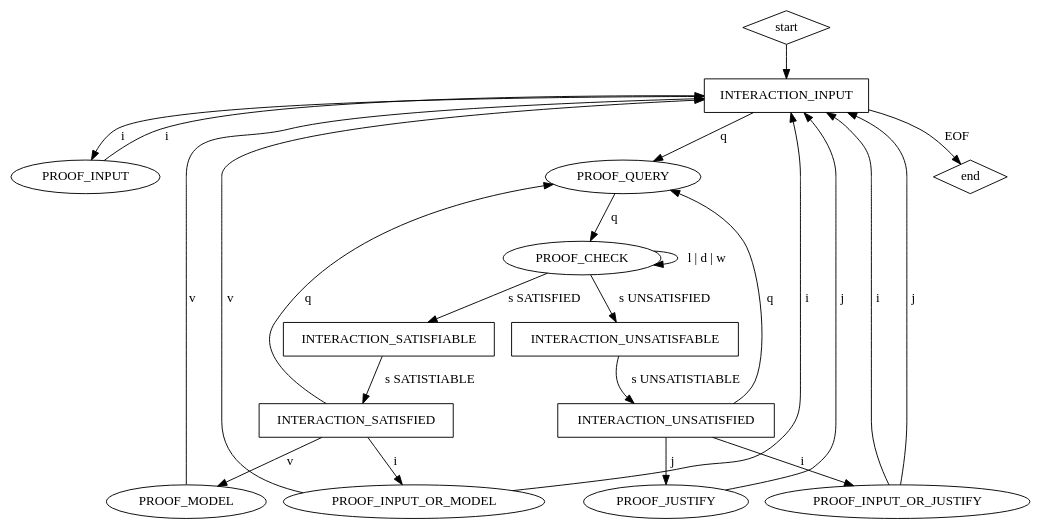
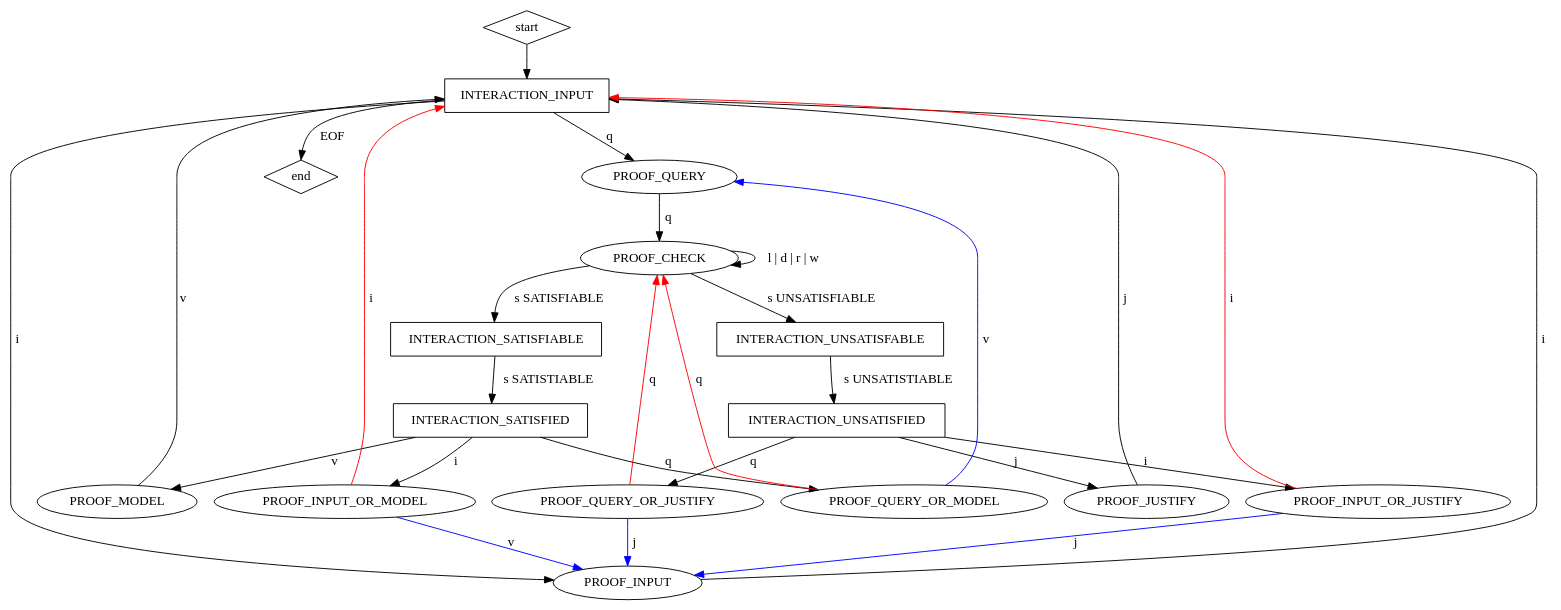
One commit to arminbiere/lidrup-check changed the diagram in idrup-check.dot. Above: the diagram before and after it, drawn with Graphviz.

```diff
--- a/idrup-check.dot
+++ b/idrup-check.dot
@@ -1,44 +1,50 @@
 digraph "idrup-check" {
 
   start [shape=diamond];
   start -> INTERACTION_INPUT;
 
   INTERACTION_INPUT [shape=box];
   INTERACTION_INPUT -> PROOF_INPUT [label=" i "];
   INTERACTION_INPUT -> PROOF_QUERY [label=" q "];
   INTERACTION_INPUT -> end [label=" EOF "];
 
   PROOF_INPUT -> INTERACTION_INPUT [label=" i "];
 
   PROOF_QUERY -> PROOF_CHECK [label=" q "];
-  PROOF_CHECK -> PROOF_CHECK [label=" l | d | w "];
-  PROOF_CHECK -> INTERACTION_SATISFIABLE [label=" s SATISFIED "];
-  PROOF_CHECK -> INTERACTION_UNSATISFABLE [label=" s UNSATISFIED "];
+  PROOF_CHECK -> PROOF_CHECK [label=" l | d | r | w "];
+  PROOF_CHECK -> INTERACTION_SATISFIABLE [label=" s SATISFIABLE "];
+  PROOF_CHECK -> INTERACTION_UNSATISFABLE [label=" s UNSATISFIABLE "];
 
   INTERACTION_UNSATISFABLE [shape="box"];
   INTERACTION_UNSATISFABLE -> INTERACTION_UNSATISFIED [label=" s UNSATISTIABLE "];
 
   INTERACTION_SATISFIABLE [shape="box"];
   INTERACTION_SATISFIABLE -> INTERACTION_SATISFIED [label=" s SATISTIABLE "];
 
   INTERACTION_SATISFIED [shape=box];
   INTERACTION_SATISFIED -> PROOF_MODEL [label=" v "];
   INTERACTION_SATISFIED -> PROOF_INPUT_OR_MODEL [label=" i "];
-  INTERACTION_SATISFIED -> PROOF_QUERY [label=" q "];
+  INTERACTION_SATISFIED -> PROOF_QUERY_OR_MODEL [label=" q "];
 
   INTERACTION_UNSATISFIED [shape=box];
   INTERACTION_UNSATISFIED -> PROOF_JUSTIFY [label=" j "];
   INTERACTION_UNSATISFIED -> PROOF_INPUT_OR_JUSTIFY [label=" i "];
-  INTERACTION_UNSATISFIED -> PROOF_QUERY [label=" q "];
+  INTERACTION_UNSATISFIED -> PROOF_QUERY_OR_JUSTIFY [label=" q "];
 
   PROOF_MODEL -> INTERACTION_INPUT [label=" v"];
   PROOF_JUSTIFY -> INTERACTION_INPUT [label=" j "];
 
-  PROOF_INPUT_OR_MODEL -> INTERACTION_INPUT [label=" i "];
-  PROOF_INPUT_OR_MODEL -> INTERACTION_INPUT [label=" v "];
+  PROOF_INPUT_OR_MODEL -> INTERACTION_INPUT [label=" i ",color=red];
+  PROOF_INPUT_OR_MODEL -> PROOF_INPUT [label=" v ", color=blue];
 
-  PROOF_INPUT_OR_JUSTIFY -> INTERACTION_INPUT [label=" i "];
-  PROOF_INPUT_OR_JUSTIFY -> INTERACTION_INPUT [label=" j "];
+  PROOF_QUERY_OR_MODEL -> PROOF_QUERY [label=" v ",color=blue];
+  PROOF_QUERY_OR_MODEL -> PROOF_CHECK [label=" q ",color=red];
+
+  PROOF_QUERY_OR_JUSTIFY -> PROOF_INPUT [label=" j ",color=blue];
+  PROOF_QUERY_OR_JUSTIFY -> PROOF_CHECK [label=" q ",color=red];
+
+  PROOF_INPUT_OR_JUSTIFY -> PROOF_INPUT [label=" j ",color=blue];
+  PROOF_INPUT_OR_JUSTIFY -> INTERACTION_INPUT [label=" i ",color=red];
 
   end [shape=diamond];
 }
```
